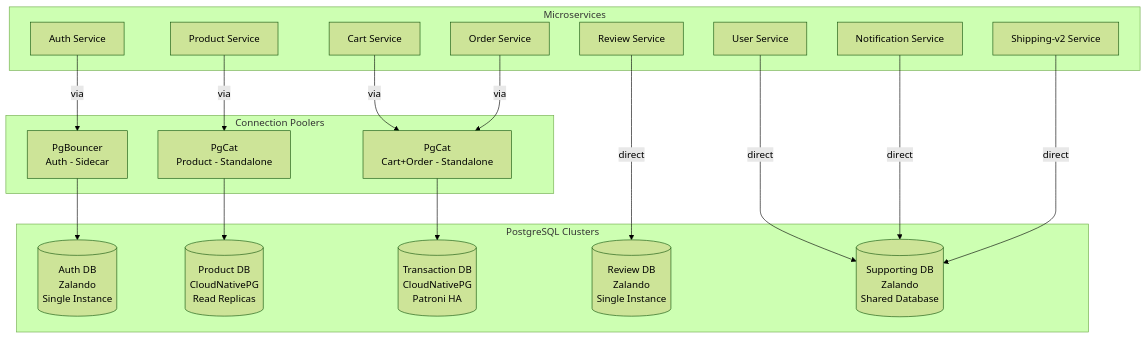
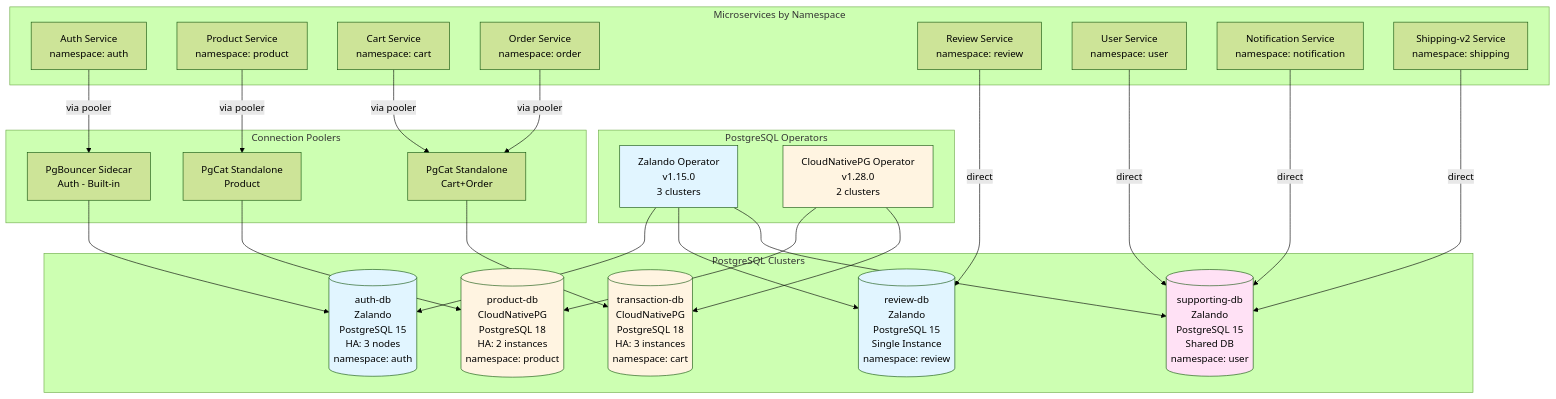
One commit to duynhlab/homelab changed the first of 6 diagrams in docs/guides/DATABASE.md. Above: the diagram before and after it, drawn with Mermaid (forest theme). The commit also changed other lines of this file and 4 other files, not shown here.

Commit message:
docs: update docs via database

````diff
--- a/docs/guides/DATABASE.md
+++ b/docs/guides/DATABASE.md
@@ -49,39 +47,58 @@
 ```mermaid
-flowchart TD
-    subgraph Services[Microservices]
-        Auth[Auth Service]
-        Product[Product Service]
-        Cart[Cart Service]
-        Order[Order Service]
-        Review[Review Service]
-        User[User Service]
-        Notification[Notification Service]
-        Shipping[Shipping-v2 Service]
+flowchart TB
+    subgraph Operators["PostgreSQL Operators"]
+        Zalando[Zalando Operator<br/>v1.15.0<br/>3 clusters]
+        CloudNativePG[CloudNativePG Operator<br/>v1.28.0<br/>2 clusters]
+    end
+    
+    subgraph Services[Microservices by Namespace]
+        AuthSvc[Auth Service<br/>namespace: auth]
+        ProductSvc[Product Service<br/>namespace: product]
+        CartSvc[Cart Service<br/>namespace: cart]
+        OrderSvc[Order Service<br/>namespace: order]
+        ReviewSvc[Review Service<br/>namespace: review]
+        UserSvc[User Service<br/>namespace: user]
+        NotificationSvc[Notification Service<br/>namespace: notification]
+        ShippingSvc[Shipping-v2 Service<br/>namespace: shipping]
     end
     
     subgraph Poolers[Connection Poolers]
-        PgBouncer[PgBouncer<br/>Auth - Sidecar]
-        PgCatProduct[PgCat<br/>Product - Standalone]
-        PgCatTransaction[PgCat<br/>Cart+Order - Standalone]
+        PgBouncer[PgBouncer Sidecar<br/>Auth - Built-in]
+        PgCatProduct[PgCat Standalone<br/>Product]
+        PgCatTransaction[PgCat Standalone<br/>Cart+Order]
     end
     
-    subgraph Databases[PostgreSQL Clusters]
-        AuthDB[(Auth DB<br/>Zalando<br/>Single Instance)]
-        ProductDB[(Product DB<br/>CloudNativePG<br/>Read Replicas)]
-        TransactionDB[(Transaction DB<br/>CloudNativePG<br/>Patroni HA)]
-        ReviewDB[(Review DB<br/>Zalando<br/>Single Instance)]
-        SupportingDB[(Supporting DB<br/>Zalando<br/>Shared Database)]
+    subgraph Clusters["PostgreSQL Clusters"]
+        AuthDB[(auth-db<br/>Zalando<br/>PostgreSQL 15<br/>HA: 3 nodes<br/>namespace: auth)]
+        ProductDB[(product-db<br/>CloudNativePG<br/>PostgreSQL 18<br/>HA: 2 instances<br/>namespace: product)]
+        TransactionDB[(transaction-db<br/>CloudNativePG<br/>PostgreSQL 18<br/>HA: 3 instances<br/>namespace: cart)]
+        ReviewDB[(review-db<br/>Zalando<br/>PostgreSQL 15<br/>Single Instance<br/>namespace: review)]
+        SupportingDB[(supporting-db<br/>Zalando<br/>PostgreSQL 15<br/>Shared DB<br/>namespace: user)]
     end
     
-    Auth -->|via| PgBouncer
+    Zalando --> AuthDB
+    Zalando --> ReviewDB
+    Zalando --> SupportingDB
+    CloudNativePG --> ProductDB
+    CloudNativePG --> TransactionDB
+    
+    AuthSvc -->|via pooler| PgBouncer
     PgBouncer --> AuthDB
-    Product -->|via| PgCatProduct
+    ProductSvc -->|via pooler| PgCatProduct
     PgCatProduct --> ProductDB
-    Cart -->|via| PgCatTransaction
-    Order -->|via| PgCatTransaction
+    CartSvc -->|via pooler| PgCatTransaction
+    OrderSvc -->|via pooler| PgCatTransaction
     PgCatTransaction --> TransactionDB
-    Review -->|direct| ReviewDB
-    User -->|direct| SupportingDB
-    Notification -->|direct| SupportingDB
-    Shipping -->|direct| SupportingDB
+    ReviewSvc -->|direct| ReviewDB
+    UserSvc -->|direct| SupportingDB
+    NotificationSvc -->|direct| SupportingDB
+    ShippingSvc -->|direct| SupportingDB
+    
+    style Zalando fill:#e1f5ff
+    style CloudNativePG fill:#fff4e1
+    style SupportingDB fill:#ffe1f5
+    style AuthDB fill:#e1f5ff
+    style ReviewDB fill:#e1f5ff
+    style ProductDB fill:#fff4e1
+    style TransactionDB fill:#fff4e1
 ```
````
